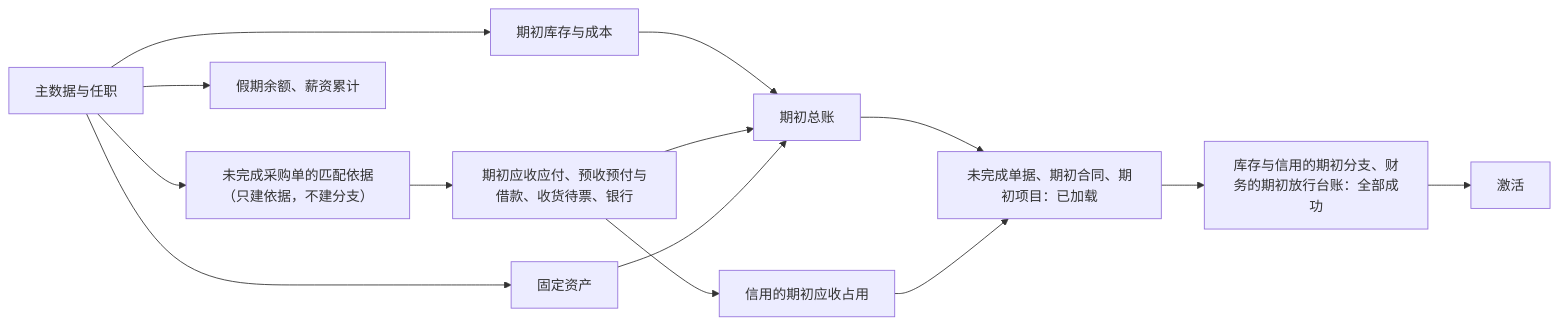
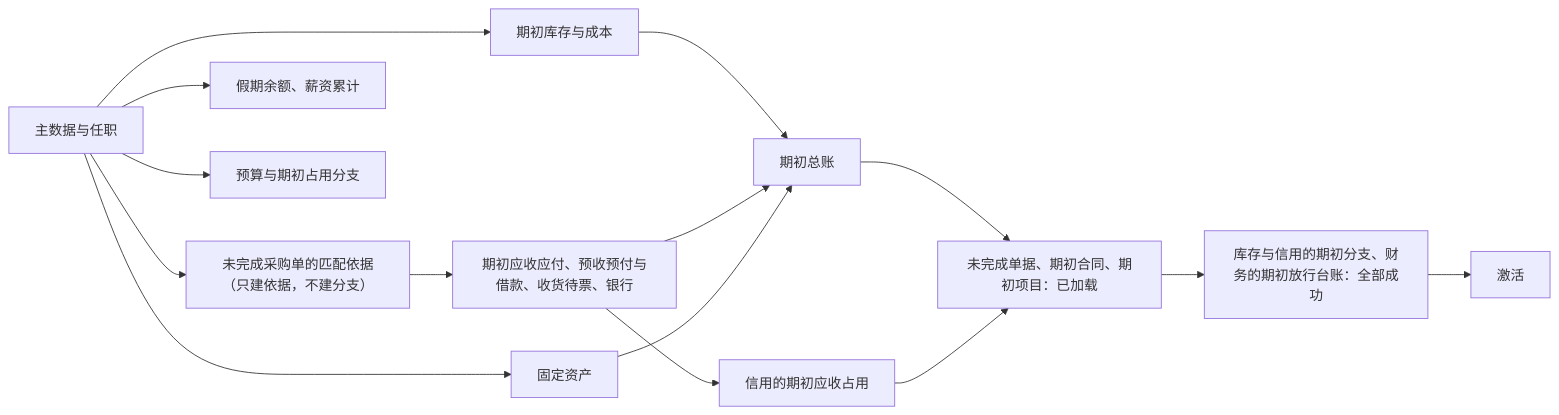
One commit to brickKit/be-assembly-standard changed the diagram in tempDocs/final/06-protocols/16-go-live-and-import.md. Above: the diagram before and after it, drawn with Mermaid. The commit also changed other lines of this file and 6 other files, not shown here.

````diff
--- a/tempDocs/final/06-protocols/16-go-live-and-import.md
+++ b/tempDocs/final/06-protocols/16-go-live-and-import.md
@@ -109,16 +110,17 @@
 ```mermaid
 flowchart LR
     M[主数据与任职] --> S[期初库存与成本]
     M --> PO[未完成采购单的匹配依据（只建依据，不建分支）]
     PO --> AR[期初应收应付、预收预付与借款、收货待票、银行]
     M --> FA[固定资产]
     M --> HR[假期余额、薪资累计]
     S --> GL[期初总账]
     AR --> GL
     FA --> GL
     AR --> CR[信用的期初应收占用]
+    M --> BU[预算与期初占用分支]
     GL --> OPENL[未完成单据、期初合同、期初项目：已加载]
     CR --> OPENL
     OPENL --> BR[库存与信用的期初分支、财务的期初放行台账：全部成功]
     BR --> OPEN[激活]
 ```
````
